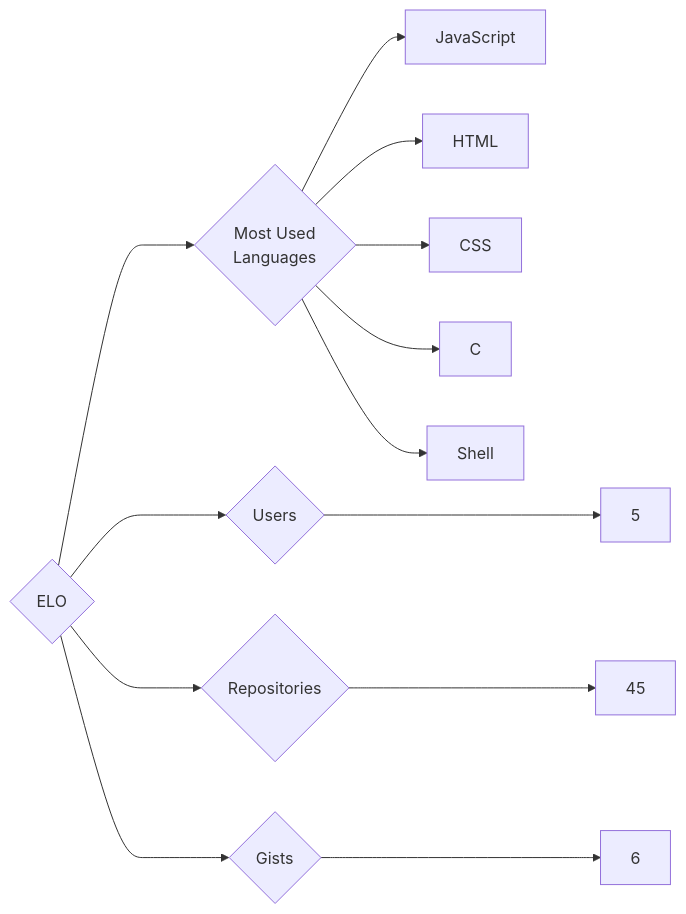
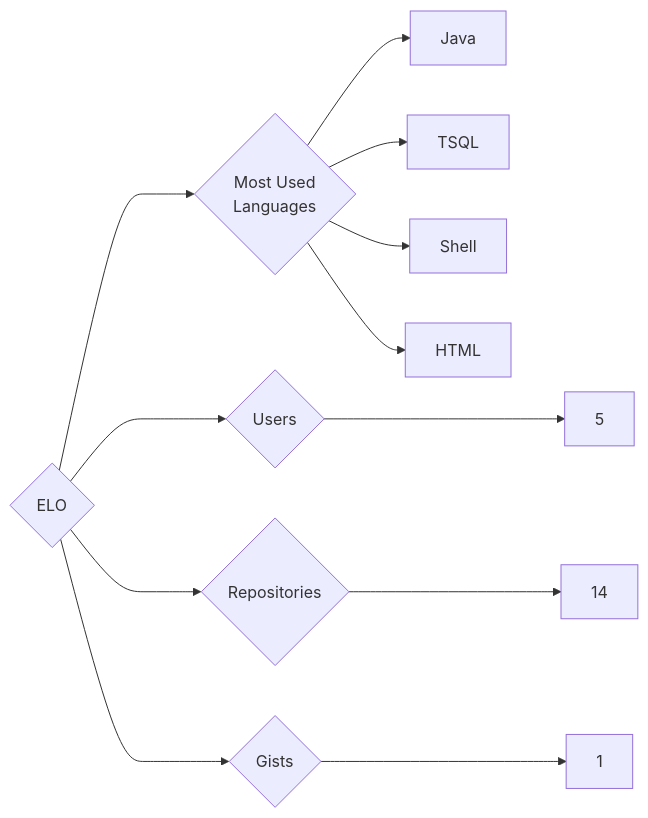
The diagram in targets/ELO/README.md (trickest/insiders), drawn with Mermaid before and after one commit. The commit also changed 636 other files, not shown here.

````diff
--- a/targets/ELO/README.md
+++ b/targets/ELO/README.md
@@ -3,13 +3,12 @@
 ```mermaid
 graph LR
 COMPANY_NAME{ELO}
 COMPANY_NAME ---> U{Users} ---> UN[5]
-COMPANY_NAME ---> R{Repositories} ---> RN[45]
-COMPANY_NAME ---> G{Gists} ---> GN[6]
+COMPANY_NAME ---> R{Repositories} ---> RN[14]
+COMPANY_NAME ---> G{Gists} ---> GN[1]
 COMPANY_NAME ---> ML{Most Used<br>Languages}
-ML --> JavaScript[JavaScript]
+ML --> Java[Java]
+ML --> TSQL[TSQL]
+ML --> Shell[Shell]
 ML --> HTML[HTML]
-ML --> CSS[CSS]
-ML --> C[C]
-ML --> Shell[Shell]
 ```
````
